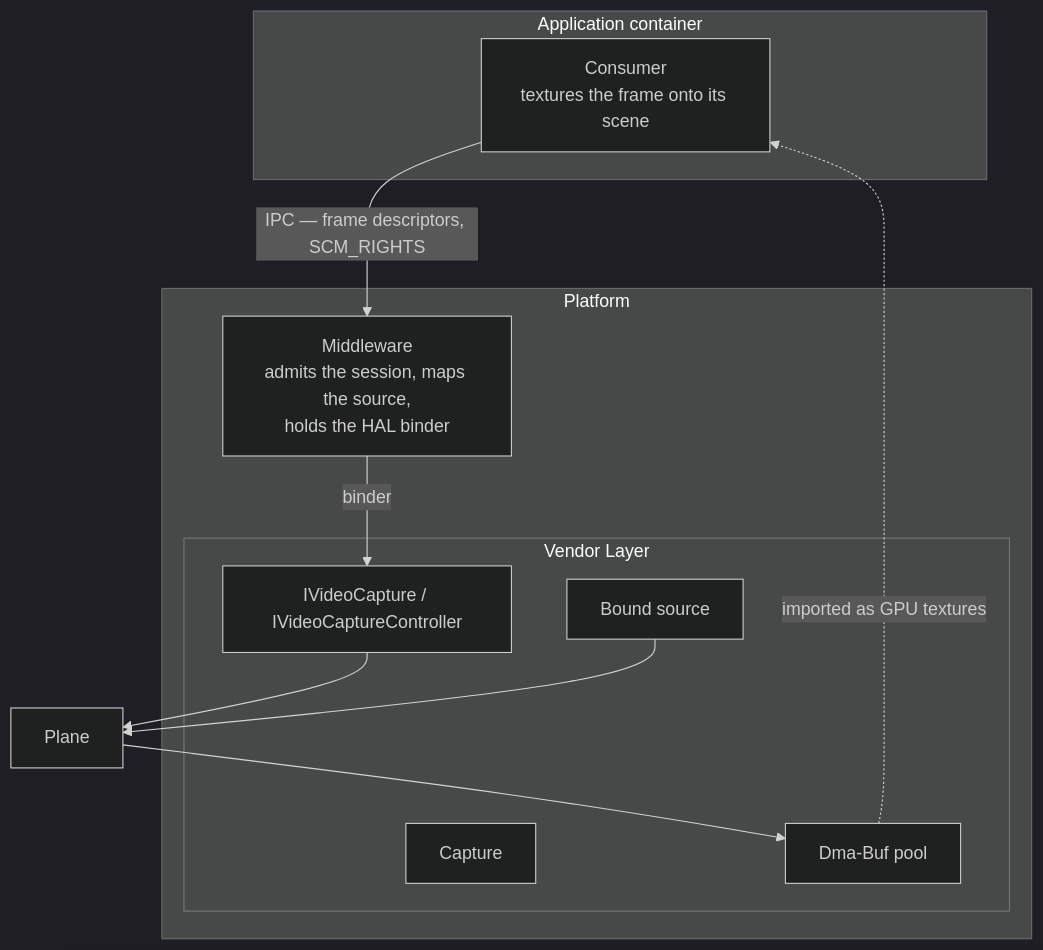
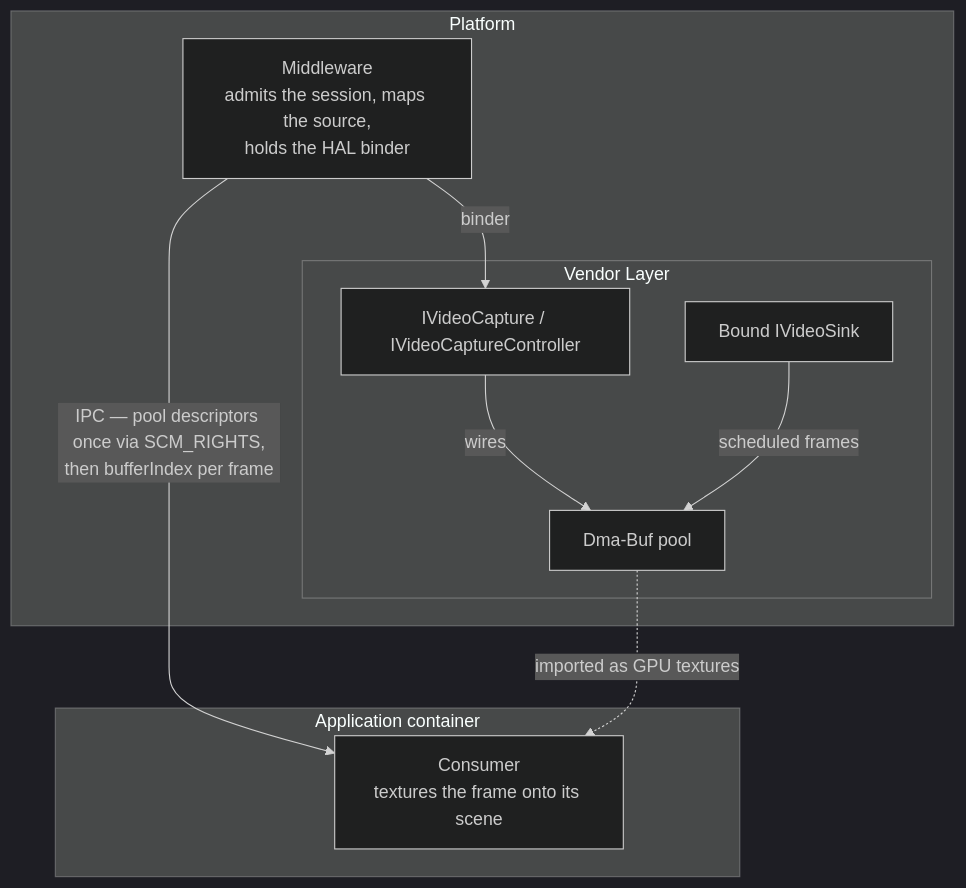
Before and after one commit to rdkcentral/rdk-halif-aidl: the first of 6 diagrams in videocapture/current/docs/videocapture_interface.md, drawn with Mermaid (dark theme). The commit also changed other lines of this file and 5 other files, not shown here.

````diff
--- a/videocapture/current/docs/videocapture_interface.md
+++ b/videocapture/current/docs/videocapture_interface.md
@@ -48,26 +48,24 @@
 ```mermaid
 flowchart TD
     %% --- Consumer, outside the platform ---
     subgraph AppContainer["Application container"]
         App["Consumer<br/>textures the frame onto its scene"]
     end
 
     %% --- Platform ---
     subgraph Platform["Platform"]
         MW["Middleware<br/>admits the session, maps the source,<br/>holds the HAL binder"]
 
         subgraph Vendor["Vendor Layer"]
             Capture["IVideoCapture / IVideoCaptureController"]
-            Decoder["Bound source"]
-            Cap["Capture"]
+            Sink["Bound IVideoSink"]
             Pool["Dma-Buf pool"]
         end
     end
 
-    App -->|IPC — frame descriptors, SCM_RIGHTS| MW
+    MW -->|IPC — pool descriptors once via SCM_RIGHTS,<br/>then bufferIndex per frame| App
     MW -->|binder| Capture
-    Capture --> Plane
-    Decoder --> Plane
-    Plane --> Pool
+    Capture -->|wires| Pool
+    Sink -->|scheduled frames| Pool
     Pool -. imported as GPU textures .-> App
 ```
````
